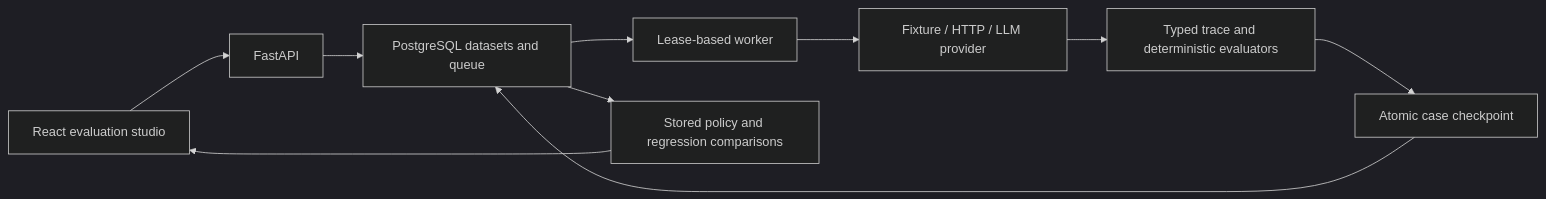
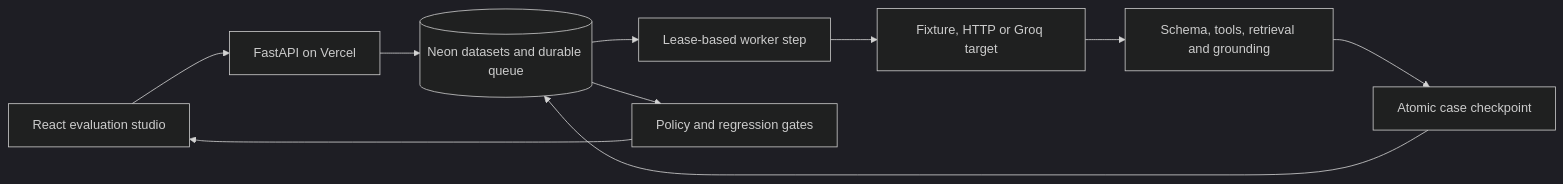
The first of 2 diagrams in README.md (Kanishkar843/EvalTrace-), drawn with Mermaid (dark theme) before and after one commit. The commit also changed other lines of this file, not shown here.

````diff
--- a/README.md
+++ b/README.md
@@ -43,12 +82,12 @@
 ```mermaid
 flowchart LR
-    UI[React evaluation studio] --> API[FastAPI]
-    API --> PG[PostgreSQL datasets and queue]
-    PG --> Worker[Lease-based worker]
-    Worker --> Target[Fixture / HTTP / LLM provider]
-    Target --> Metrics[Typed trace and deterministic evaluators]
+    UI[React evaluation studio] --> API[FastAPI on Vercel]
+    API --> DB[(Neon datasets and durable queue)]
+    DB --> Worker[Lease-based worker step]
+    Worker --> Target[Fixture, HTTP or Groq target]
+    Target --> Metrics[Schema, tools, retrieval and grounding]
     Metrics --> Checkpoint[Atomic case checkpoint]
-    Checkpoint --> PG
-    PG --> Gates[Stored policy and regression comparisons]
-    Gates --> UI
+    Checkpoint --> DB
+    DB --> Gate[Policy and regression gates]
+    Gate --> UI
 ```
````
